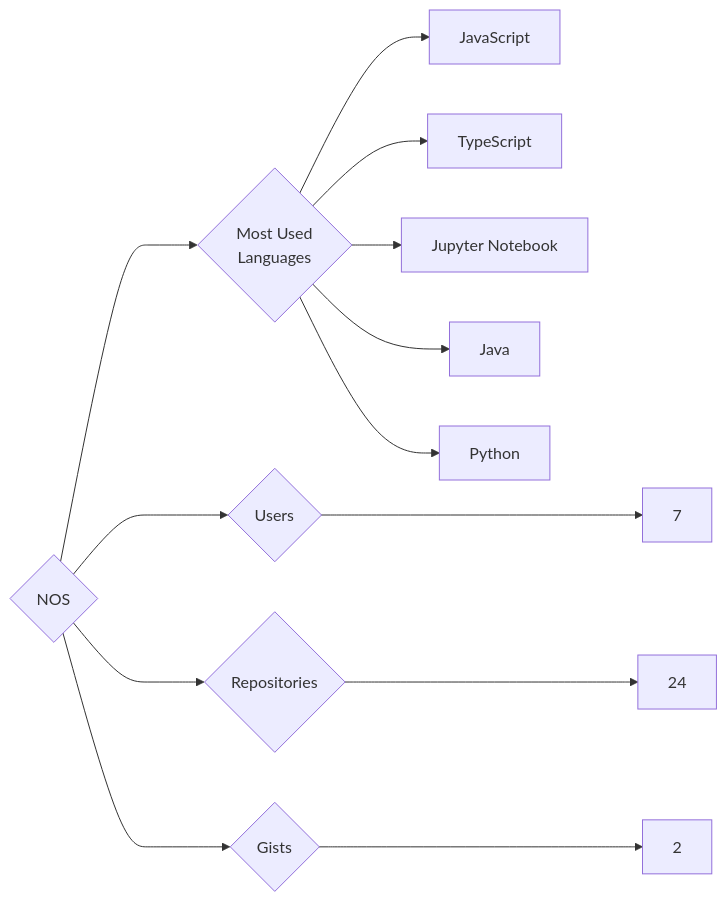
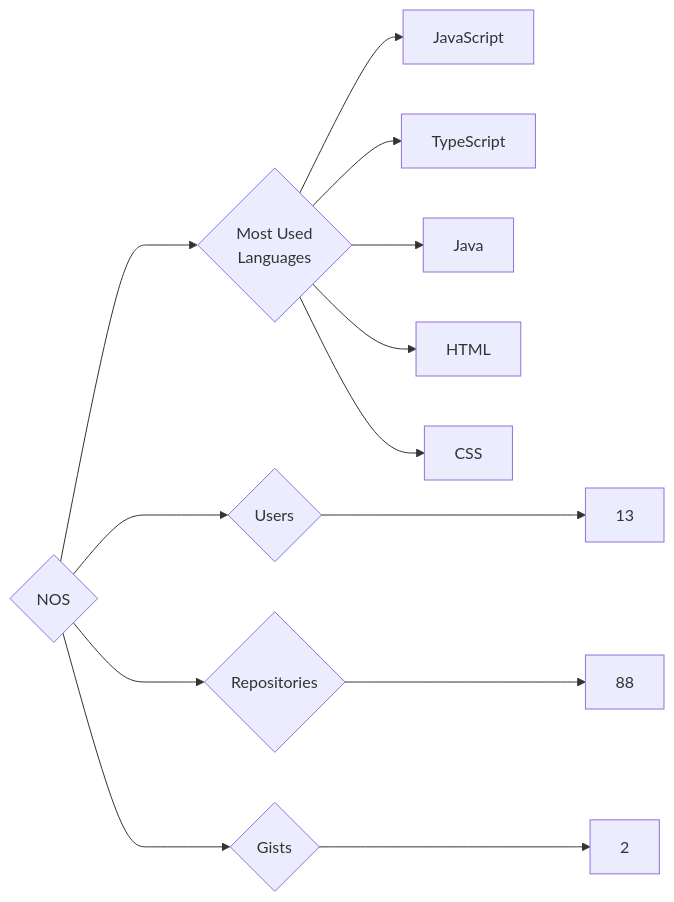
One commit to trickest/insiders changed the diagram in targets/NOS/README.md. Above: the diagram before and after it, drawn with Mermaid. The commit also changed 920 other files, not shown here.

````diff
--- a/targets/NOS/README.md
+++ b/targets/NOS/README.md
@@ -3,13 +3,13 @@
 ```mermaid
 graph LR
 COMPANY_NAME{NOS}
-COMPANY_NAME ---> U{Users} ---> UN[7]
-COMPANY_NAME ---> R{Repositories} ---> RN[24]
+COMPANY_NAME ---> U{Users} ---> UN[13]
+COMPANY_NAME ---> R{Repositories} ---> RN[88]
 COMPANY_NAME ---> G{Gists} ---> GN[2]
 COMPANY_NAME ---> ML{Most Used<br>Languages}
 ML --> JavaScript[JavaScript]
 ML --> TypeScript[TypeScript]
-ML --> Jupyter_Notebook[Jupyter Notebook]
 ML --> Java[Java]
-ML --> Python[Python]
+ML --> HTML[HTML]
+ML --> CSS[CSS]
 ```
````
